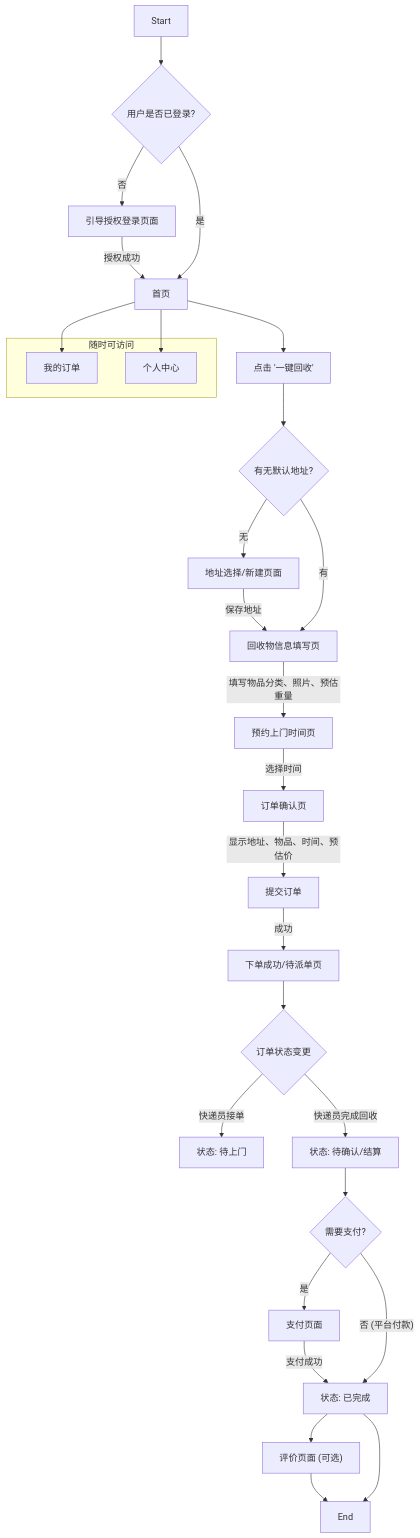
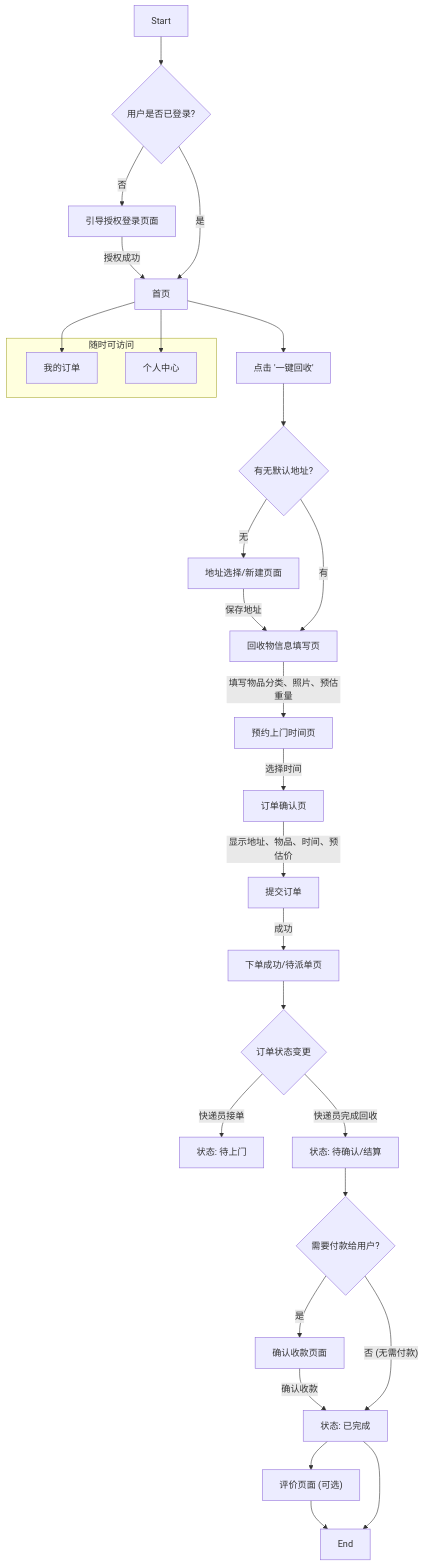
Before and after one commit to xuanyiying/one-recycle: the diagram in docs/ui-ux.md, drawn with Mermaid.

Commit message:
修复ui-ux.md中支付逻辑错误
- 将'需要支付?'改为'需要付款给用户?'，符合回收业务逻辑
- 将'支付页面'改为'确认收款页面'
- 更新相关流程描述，确保业务逻辑正确

````diff
--- a/docs/ui-ux.md
+++ b/docs/ui-ux.md
@@ -9,37 +9,37 @@
 ```mermaid
 graph TD
     A[Start] --> B{用户是否已登录?};
     B -- 否 --> C[引导授权登录页面];
     C -- 授权成功 --> D[首页];
     B -- 是 --> D;
 
     D --> E["点击 '一键回收'"];
     E --> F{有无默认地址?};
     F -- 无 --> G[地址选择/新建页面];
     G -- 保存地址 --> H[回收物信息填写页];
     F -- 有 --> H;
 
     H -- 填写物品分类、照片、预估重量 --> I[预约上门时间页];
     I -- 选择时间 --> J[订单确认页];
     J -- 显示地址、物品、时间、预估价 --> K[提交订单];
     K -- 成功 --> L[下单成功/待派单页];
     L --> M{订单状态变更};
 
     M -- 快递员接单 --> N[状态: 待上门];
     M -- 快递员完成回收 --> O[状态: 待确认/结算];
-    O --> P{需要支付?};
-    P -- 是 --> Q[支付页面];
-    Q -- 支付成功 --> R[状态: 已完成];
-    P -- 否 (平台付款) --> R;
+    O --> P{需要付款给用户?};
+    P -- 是 --> Q[确认收款页面];
+    Q -- 确认收款 --> R[状态: 已完成];
+    P -- "否 (无需付款)" --> R;
 
     R --> S["评价页面 (可选)"];
     S --> T[End];
     R --> T;
 
     subgraph "随时可访问"
         U[我的订单]
         V[个人中心]
     end
     D --> U;
     D --> V;
 ```
````
